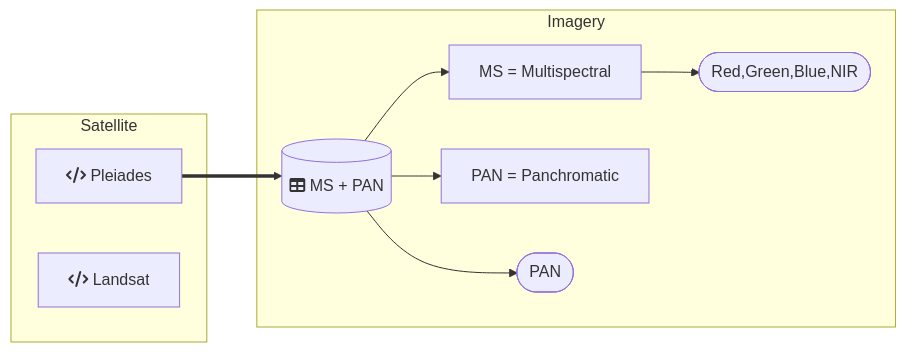
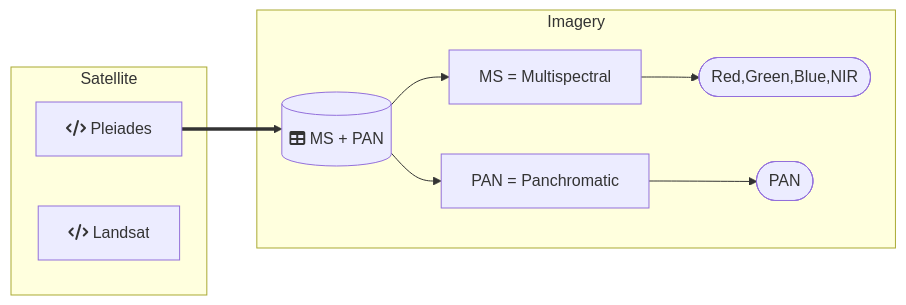
One commit to DippoldEJ/Satellite-Datasets changed the diagram in README.md. Above: the diagram before and after it, drawn with Mermaid.

````diff
--- a/README.md
+++ b/README.md
@@ -10,22 +10,22 @@
 ```mermaid
 flowchart LR;
 
 subgraph Satellite
     s[fa:fa-code Pleiades]
     a[fa:fa-code Landsat]
     end
 
  subgraph Imagery
         db[(fa:fa-table MS + PAN)]
         m[MS = Multispectral]
         p[PAN = Panchromatic]
         b([Red,Green,Blue,NIR])
         c([PAN])
     end
 
     s==>db
     db-->m
     db-->p
     m-->b
-    db-->c
+    p-->c
 ```
````
